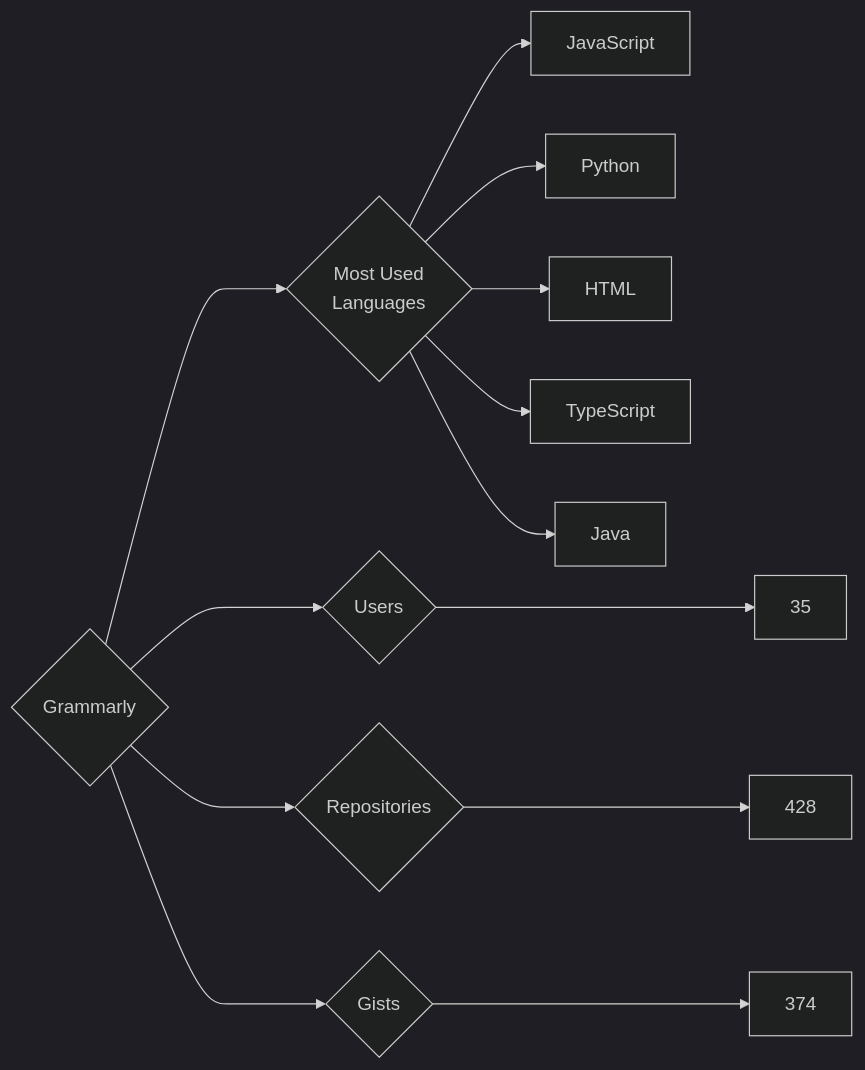
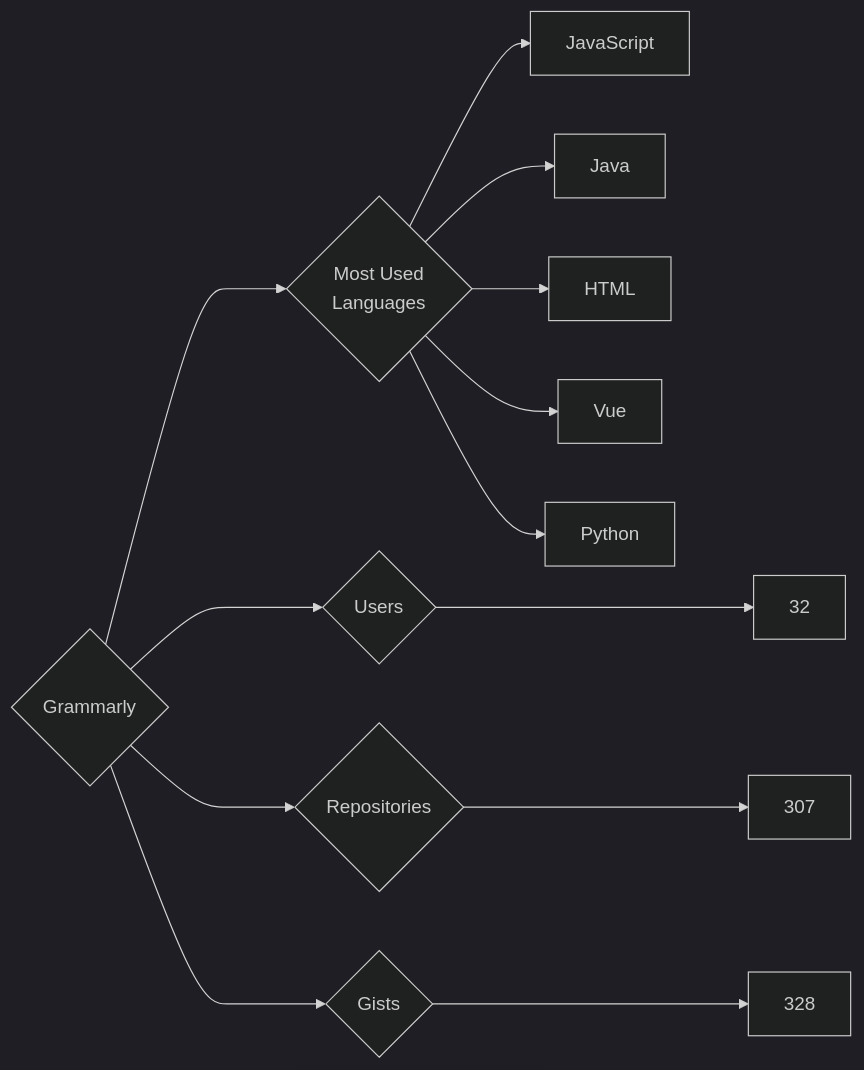
The diagram in targets/Grammarly/README.md (trickest/insiders), drawn with Mermaid (dark theme) before and after one commit. The commit also changed 782 other files, not shown here.

````diff
--- a/targets/Grammarly/README.md
+++ b/targets/Grammarly/README.md
@@ -3,13 +3,13 @@
 ```mermaid
 graph LR
 COMPANY_NAME{Grammarly}
-COMPANY_NAME ---> U{Users} ---> UN[35]
-COMPANY_NAME ---> R{Repositories} ---> RN[428]
-COMPANY_NAME ---> G{Gists} ---> GN[374]
+COMPANY_NAME ---> U{Users} ---> UN[32]
+COMPANY_NAME ---> R{Repositories} ---> RN[307]
+COMPANY_NAME ---> G{Gists} ---> GN[328]
 COMPANY_NAME ---> ML{Most Used<br>Languages}
 ML --> JavaScript[JavaScript]
+ML --> Java[Java]
+ML --> HTML[HTML]
+ML --> Vue[Vue]
 ML --> Python[Python]
-ML --> HTML[HTML]
-ML --> TypeScript[TypeScript]
-ML --> Java[Java]
 ```
````
